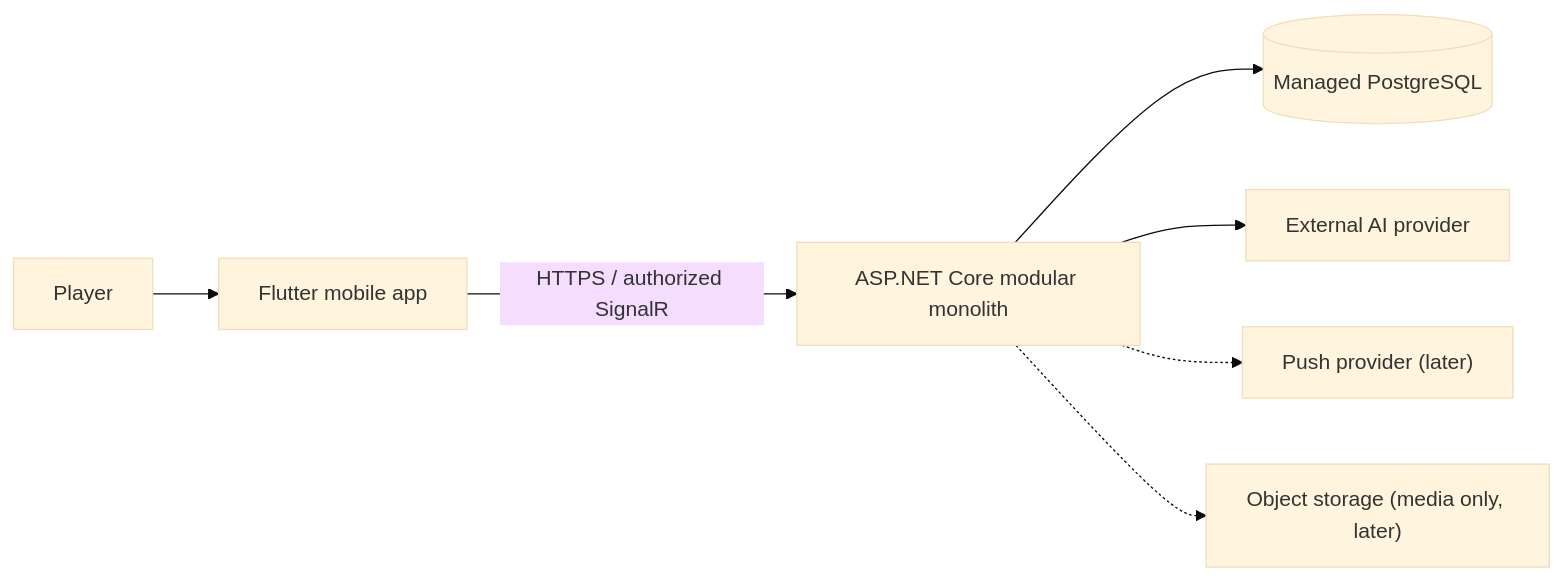
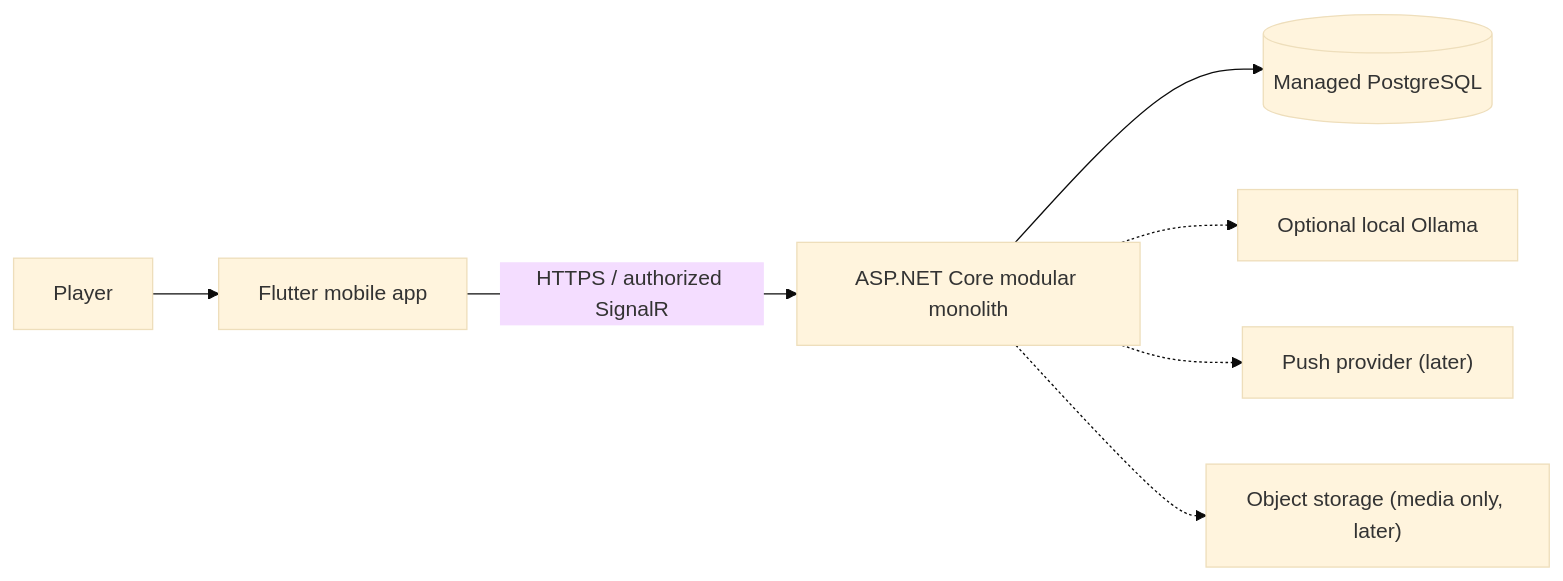
The first of 7 diagrams in docs/architecture/ARCHITECTURE.md (rajul-bhatnagar/parallel-world), drawn with Mermaid (base theme) before and after one commit. The commit also changed other lines of this file and 6 other files, not shown here.

````diff
--- a/docs/architecture/ARCHITECTURE.md
+++ b/docs/architecture/ARCHITECTURE.md
@@ -22,9 +22,9 @@
 ```mermaid
 flowchart LR
     P["Player"] --> M["Flutter mobile app"]
     M -->|"HTTPS / authorized SignalR"| B["ASP.NET Core modular monolith"]
     B --> DB[("Managed PostgreSQL")]
-    B --> AI["External AI provider"]
+    B -.-> AI["Optional local Ollama"]
     B -.-> PUSH["Push provider (later)"]
     B -.-> OBJ["Object storage (media only, later)"]
 ```
````
